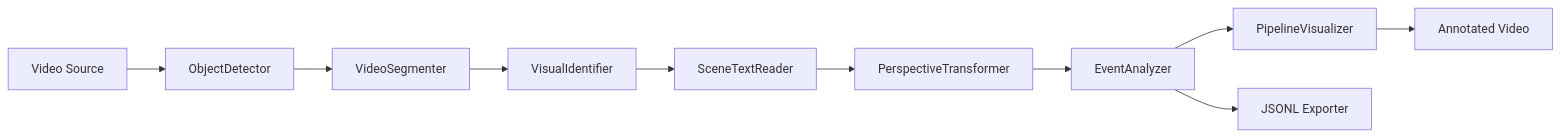
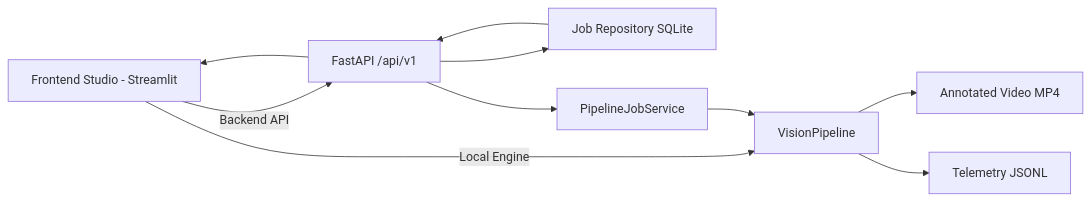
Before and after one commit to matheussiqueira-dev/modular-video-ai-pipeline: the diagram in ARCHITECTURE.md, drawn with Mermaid. The commit also changed other lines of this file and 24 other files, not shown here.

Commit message:
Fullstack enhancement: frontend UX upgrades and secure API job layer

````diff
--- a/ARCHITECTURE.md
+++ b/ARCHITECTURE.md
@@ -18,12 +9,12 @@
 ```mermaid
 graph LR
-    A[Video Source] --> B[ObjectDetector]
-    B --> C[VideoSegmenter]
-    C --> D[VisualIdentifier]
-    D --> E[SceneTextReader]
-    E --> F[PerspectiveTransformer]
-    F --> G[EventAnalyzer]
-    G --> H[PipelineVisualizer]
-    H --> I[Annotated Video]
-    G --> J[JSONL Exporter]
+  A[Frontend Studio - Streamlit] -->|Local Engine| B[VisionPipeline]
+  A -->|Backend API| C[FastAPI /api/v1]
+  C --> D[Job Repository SQLite]
+  C --> E[PipelineJobService]
+  E --> B
+  B --> F[Annotated Video MP4]
+  B --> G[Telemetry JSONL]
+  D --> C
+  C --> A
 ```
````
